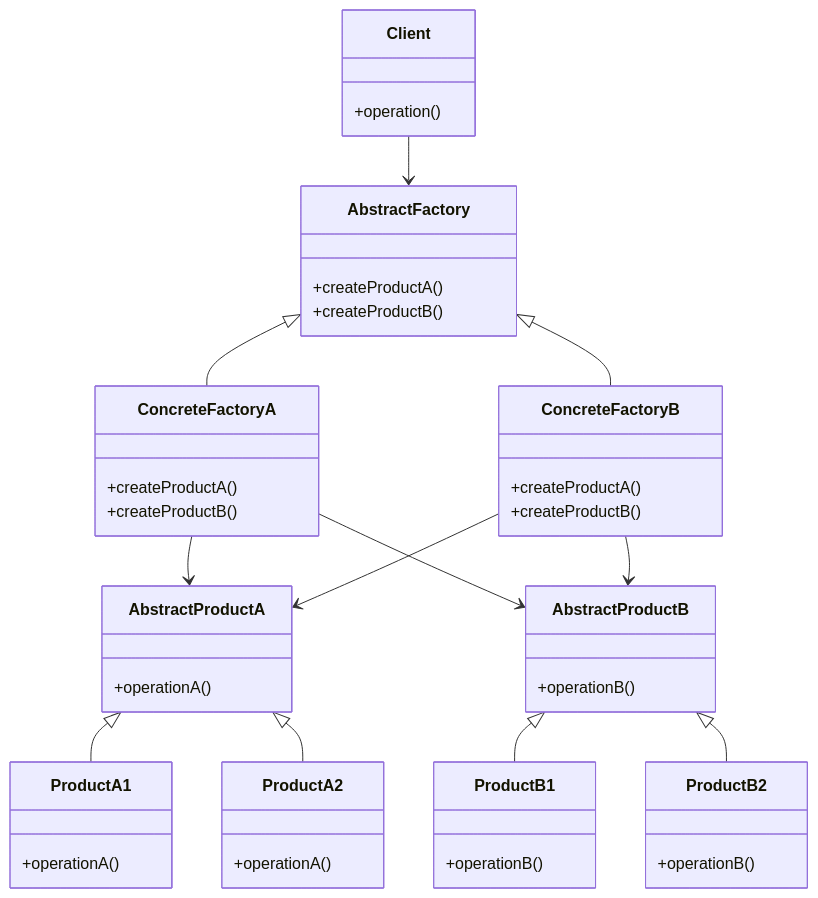
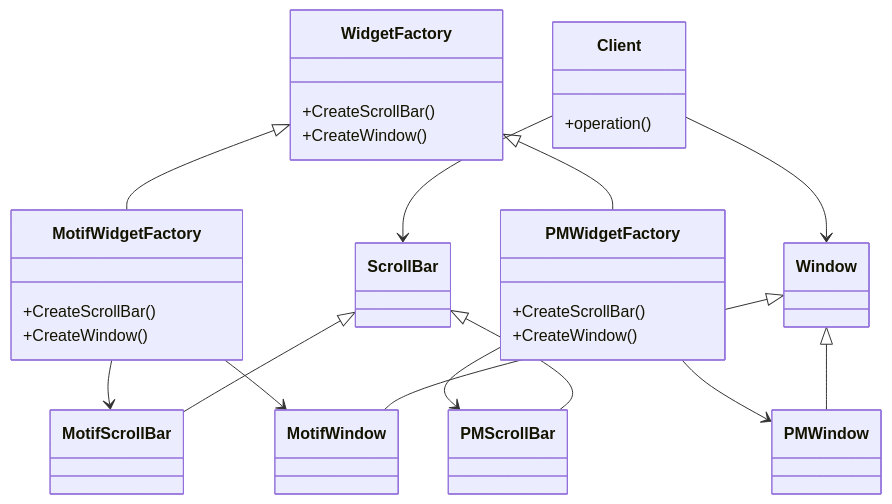
One commit to LuisPassosRamos/seminario-ppr-criacional-prototype changed the first of 2 diagrams in README.md. Above: the diagram before and after it, drawn with Mermaid. The commit also changed other lines of this file, not shown here.

````diff
--- a/README.md
+++ b/README.md
@@ -52,48 +52,37 @@
 ```mermaid
 classDiagram
+    class WidgetFactory {
+        +CreateScrollBar()
+        +CreateWindow()
+    }
+    class MotifWidgetFactory {
+        +CreateScrollBar()
+        +CreateWindow()
+    }
+    class PMWidgetFactory {
+        +CreateScrollBar()
+        +CreateWindow()
+    }
     class Client {
         +operation()
     }
-    class AbstractFactory {
-        +createProductA()
-        +createProductB()
-    }
-    class ConcreteFactoryA {
-        +createProductA()
-        +createProductB()
-    }
-    class ConcreteFactoryB {
-        +createProductA()
-        +createProductB()
-    }
-    class AbstractProductA {
-        +operationA()
-    }
-    class AbstractProductB {
-        +operationB()
-    }
-    class ProductA1 {
-        +operationA()
-    }
-    class ProductA2 {
-        +operationA()
-    }
-    class ProductB1 {
-        +operationB()
-    }
-    class ProductB2 {
-        +operationB()
-    }
+    class ScrollBar
+    class MotifScrollBar
+    class PMScrollBar
+    class Window
+    class MotifWindow
+    class PMWindow
 
-    Client --> AbstractFactory
-    AbstractFactory <|-- ConcreteFactoryA
-    AbstractFactory <|-- ConcreteFactoryB
-    ConcreteFactoryA --> AbstractProductA
-    ConcreteFactoryA --> AbstractProductB
-    ConcreteFactoryB --> AbstractProductA
-    ConcreteFactoryB --> AbstractProductB
-    AbstractProductA <|-- ProductA1
-    AbstractProductA <|-- ProductA2
-    AbstractProductB <|-- ProductB1
-    AbstractProductB <|-- ProductB2
+    Client --> Window
+    Client --> ScrollBar
+    WidgetFactory <|-- MotifWidgetFactory
+    WidgetFactory <|-- PMWidgetFactory
+    MotifWidgetFactory --> MotifScrollBar
+    MotifWidgetFactory --> MotifWindow
+    PMWidgetFactory --> PMScrollBar
+    PMWidgetFactory --> PMWindow
+    ScrollBar <|-- MotifScrollBar
+    ScrollBar <|-- PMScrollBar
+    Window <|-- MotifWindow
+    Window <|-- PMWindow
 ```
````
